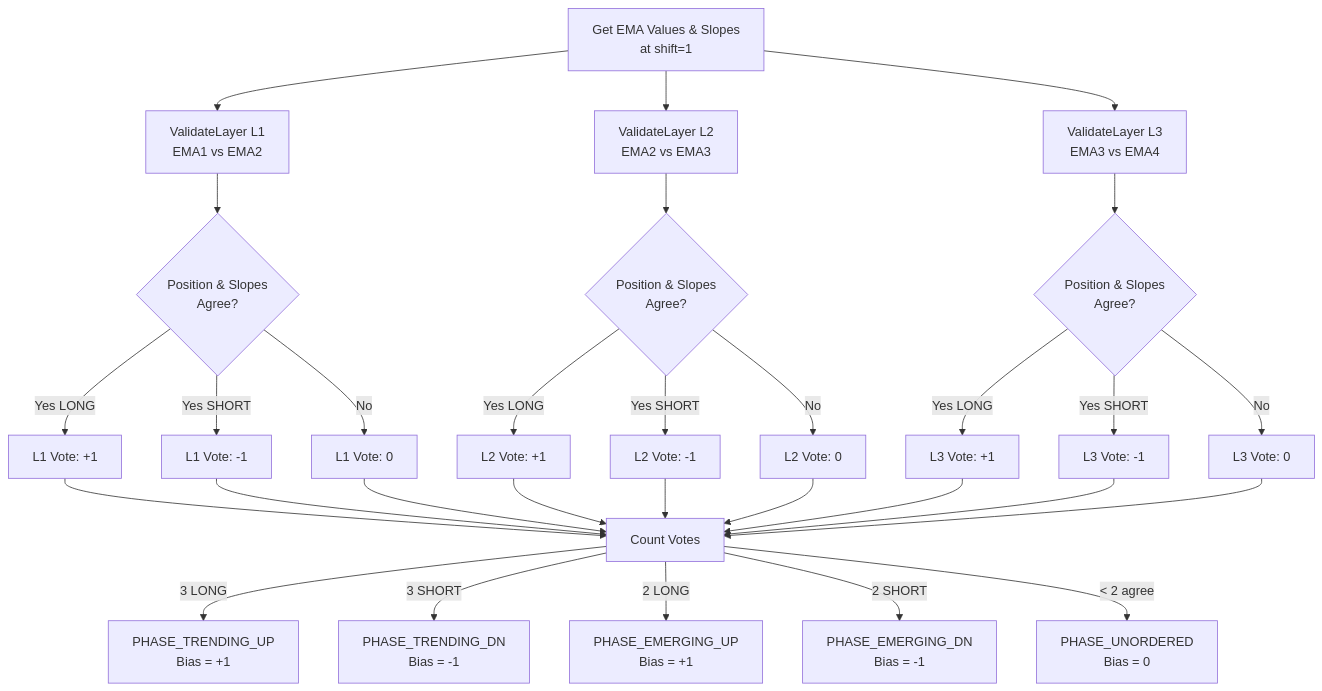
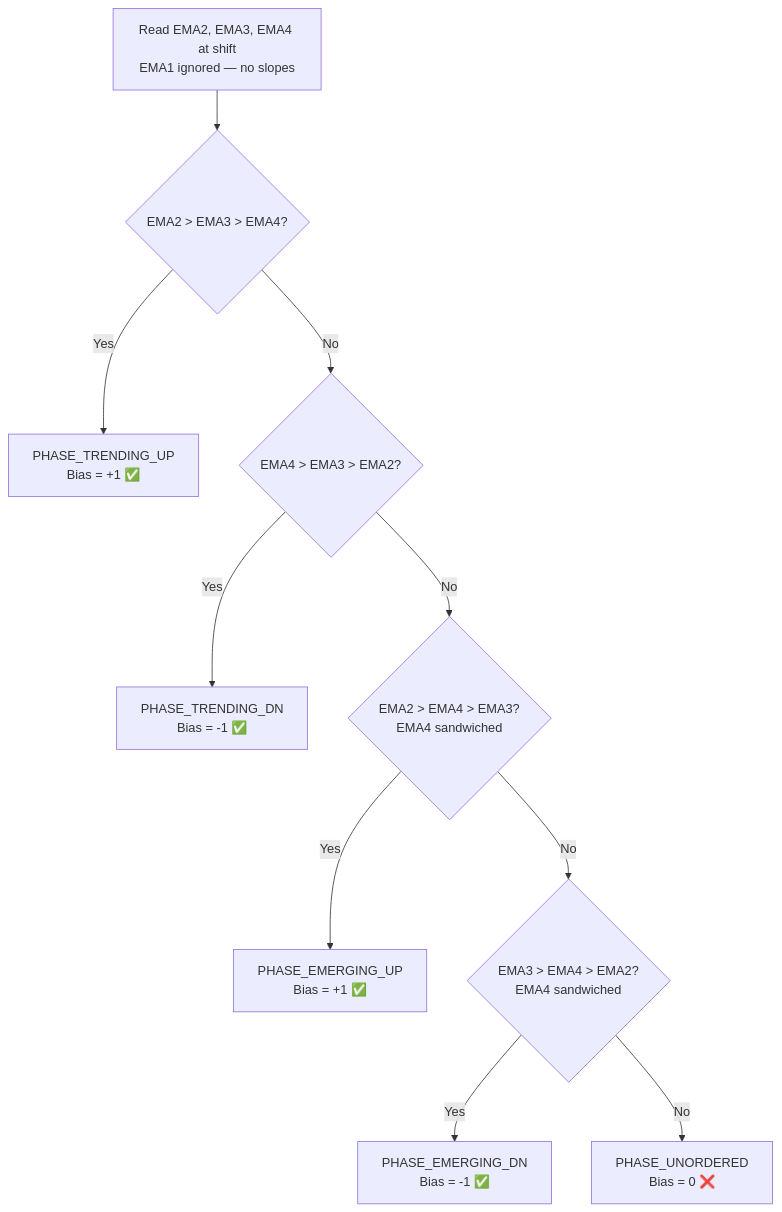
The third of 9 diagrams in Legacy/README_SYSTEM.md (msmaciej/RRM_SEA), drawn with Mermaid before and after one commit. The commit also changed other lines of this file and 4 other files, not shown here.

First line of the commit message:
Fix DetectMarketPhase, GetTakeProfitPips, and update documentation

````diff
--- a/Legacy/README_SYSTEM.md
+++ b/Legacy/README_SYSTEM.md
@@ -361,37 +347,12 @@
 ```mermaid
 graph TD
-    A[Get EMA Values & Slopes<br>at shift=1] --> B1[ValidateLayer L1<br>EMA1 vs EMA2]
-    A --> B2[ValidateLayer L2<br>EMA2 vs EMA3]
-    A --> B3[ValidateLayer L3<br>EMA3 vs EMA4]
-
-    B1 --> C1{Position & Slopes<br>Agree?}
-    C1 -->|Yes LONG| D1[L1 Vote: +1]
-    C1 -->|Yes SHORT| D2[L1 Vote: -1]
-    C1 -->|No| D3[L1 Vote: 0]
-
-    B2 --> E1{Position & Slopes<br>Agree?}
-    E1 -->|Yes LONG| F1[L2 Vote: +1]
-    E1 -->|Yes SHORT| F2[L2 Vote: -1]
-    E1 -->|No| F3[L2 Vote: 0]
-
-    B3 --> G1{Position & Slopes<br>Agree?}
-    G1 -->|Yes LONG| H1[L3 Vote: +1]
-    G1 -->|Yes SHORT| H2[L3 Vote: -1]
-    G1 -->|No| H3[L3 Vote: 0]
-
-    D1 --> I[Count Votes]
-    D2 --> I
-    D3 --> I
-    F1 --> I
-    F2 --> I
-    F3 --> I
-    H1 --> I
-    H2 --> I
-    H3 --> I
-
-    I -->|3 LONG| J1[PHASE_TRENDING_UP<br>Bias = +1]
-    I -->|3 SHORT| J2[PHASE_TRENDING_DN<br>Bias = -1]
-    I -->|2 LONG| K1[PHASE_EMERGING_UP<br>Bias = +1]
-    I -->|2 SHORT| K2[PHASE_EMERGING_DN<br>Bias = -1]
-    I -->|< 2 agree| L[PHASE_UNORDERED<br>Bias = 0]
+    A[Read EMA2, EMA3, EMA4 at shift<br>EMA1 ignored — no slopes] --> B{EMA2 > EMA3 > EMA4?}
+    B -->|Yes| TU[PHASE_TRENDING_UP<br>Bias = +1 ✅]
+    B -->|No| C{EMA4 > EMA3 > EMA2?}
+    C -->|Yes| TD[PHASE_TRENDING_DN<br>Bias = -1 ✅]
+    C -->|No| D{EMA2 > EMA4 > EMA3?<br>EMA4 sandwiched}
+    D -->|Yes| EU[PHASE_EMERGING_UP<br>Bias = +1 ✅]
+    D -->|No| E{EMA3 > EMA4 > EMA2?<br>EMA4 sandwiched}
+    E -->|Yes| ED[PHASE_EMERGING_DN<br>Bias = -1 ✅]
+    E -->|No| UNO[PHASE_UNORDERED<br>Bias = 0 ❌]
 ```
````
